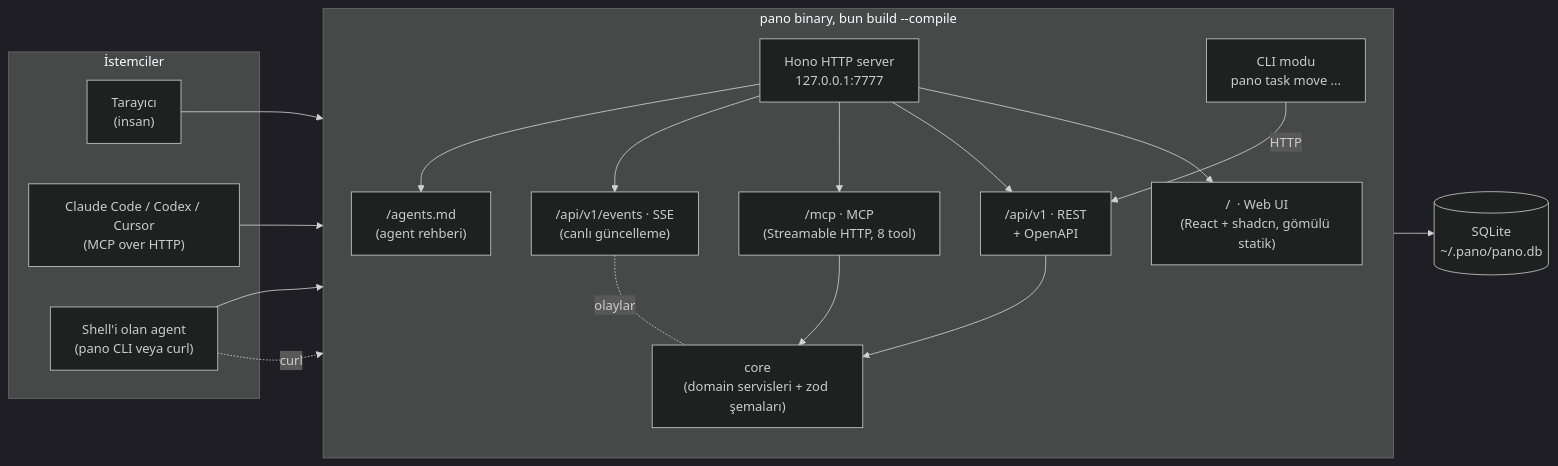
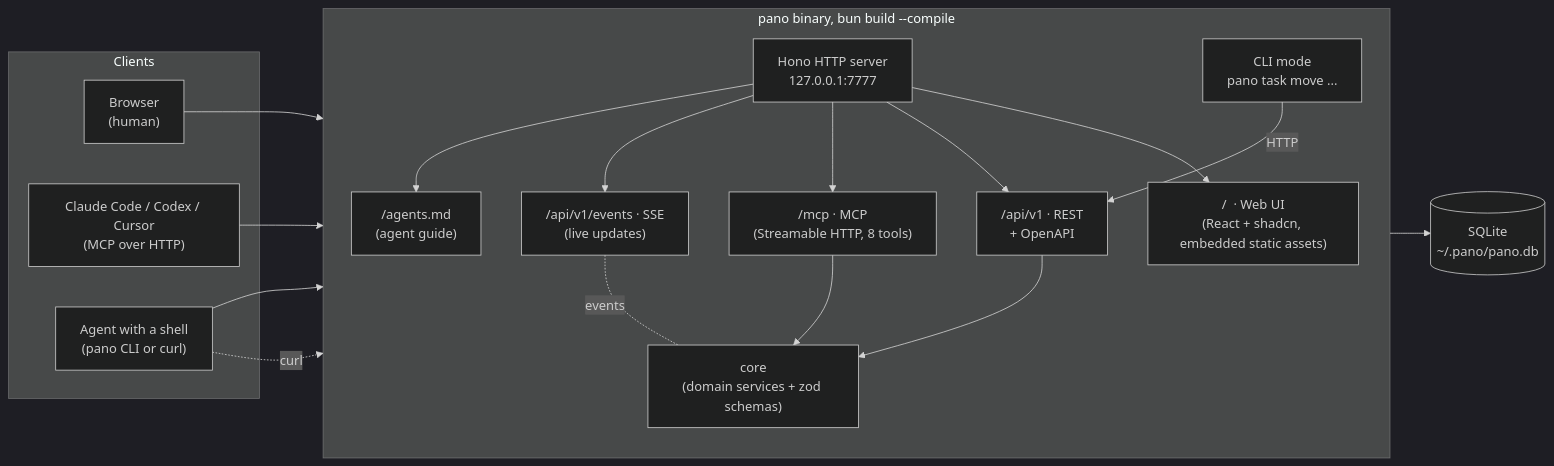
The first of 2 diagrams in docs/architecture.md (Metonya/pano), drawn with Mermaid (dark theme) before and after one commit. The commit also changed other lines of this file and 10 other files, not shown here.

````diff
--- a/docs/architecture.md
+++ b/docs/architecture.md
@@ -11,33 +11,33 @@
 ```mermaid
 flowchart LR
-  subgraph Clients["İstemciler"]
-    B["Tarayıcı<br/>(insan)"]
+  subgraph Clients["Clients"]
+    B["Browser<br/>(human)"]
     CC["Claude Code / Codex / Cursor<br/>(MCP over HTTP)"]
-    SH["Shell'i olan agent<br/>(pano CLI veya curl)"]
+    SH["Agent with a shell<br/>(pano CLI or curl)"]
   end
 
   subgraph Bin["pano binary, bun build --compile"]
     direction TB
     H["Hono HTTP server<br/>127.0.0.1:7777"]
-    WEB["/  · Web UI<br/>(React + shadcn, gömülü statik)"]
+    WEB["/  · Web UI<br/>(React + shadcn, embedded static assets)"]
     API["/api/v1 · REST<br/>+ OpenAPI"]
-    MCP["/mcp · MCP<br/>(Streamable HTTP, 8 tool)"]
-    SSE["/api/v1/events · SSE<br/>(canlı güncelleme)"]
-    DOC["/agents.md<br/>(agent rehberi)"]
-    CORE["core<br/>(domain servisleri + zod şemaları)"]
-    CLI["CLI modu<br/>pano task move ..."]
+    MCP["/mcp · MCP<br/>(Streamable HTTP, 8 tools)"]
+    SSE["/api/v1/events · SSE<br/>(live updates)"]
+    DOC["/agents.md<br/>(agent guide)"]
+    CORE["core<br/>(domain services + zod schemas)"]
+    CLI["CLI mode<br/>pano task move ..."]
     H --> WEB & API & MCP & SSE & DOC
     API --> CORE
     MCP --> CORE
-    SSE -.olaylar.- CORE
+    SSE -.events.- CORE
   end
 
   DB[("SQLite<br/>~/.pano/pano.db")]
 
   B --> H
   CC --> MCP
   SH --> CLI
   SH -.curl.-> API
   CLI -->|HTTP| API
   CORE --> DB
 ```
````
